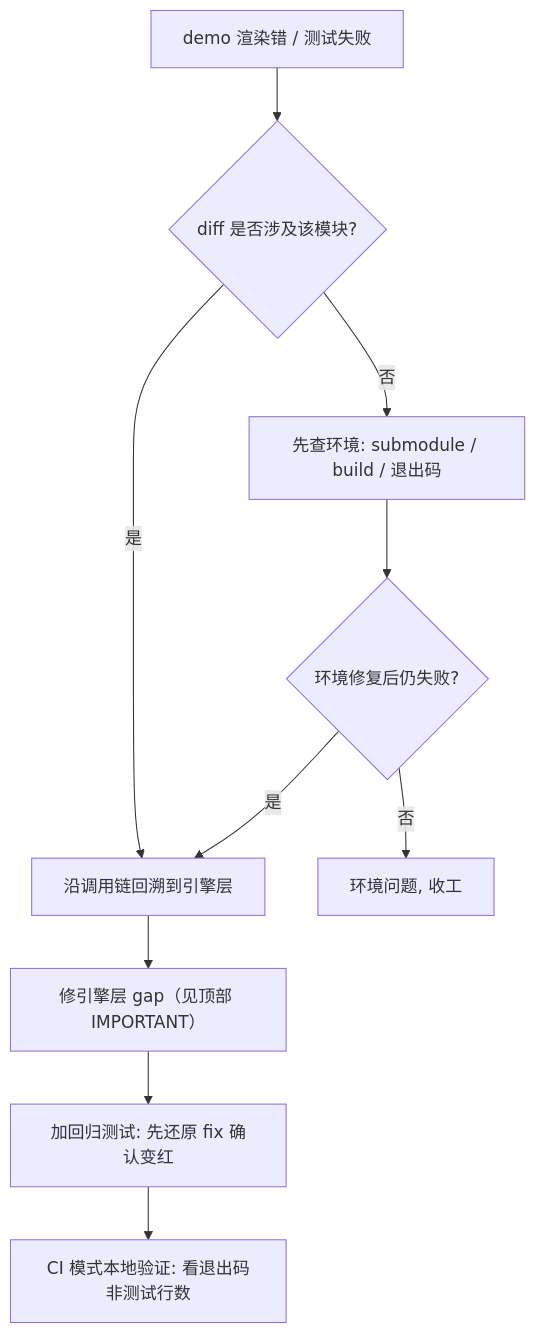
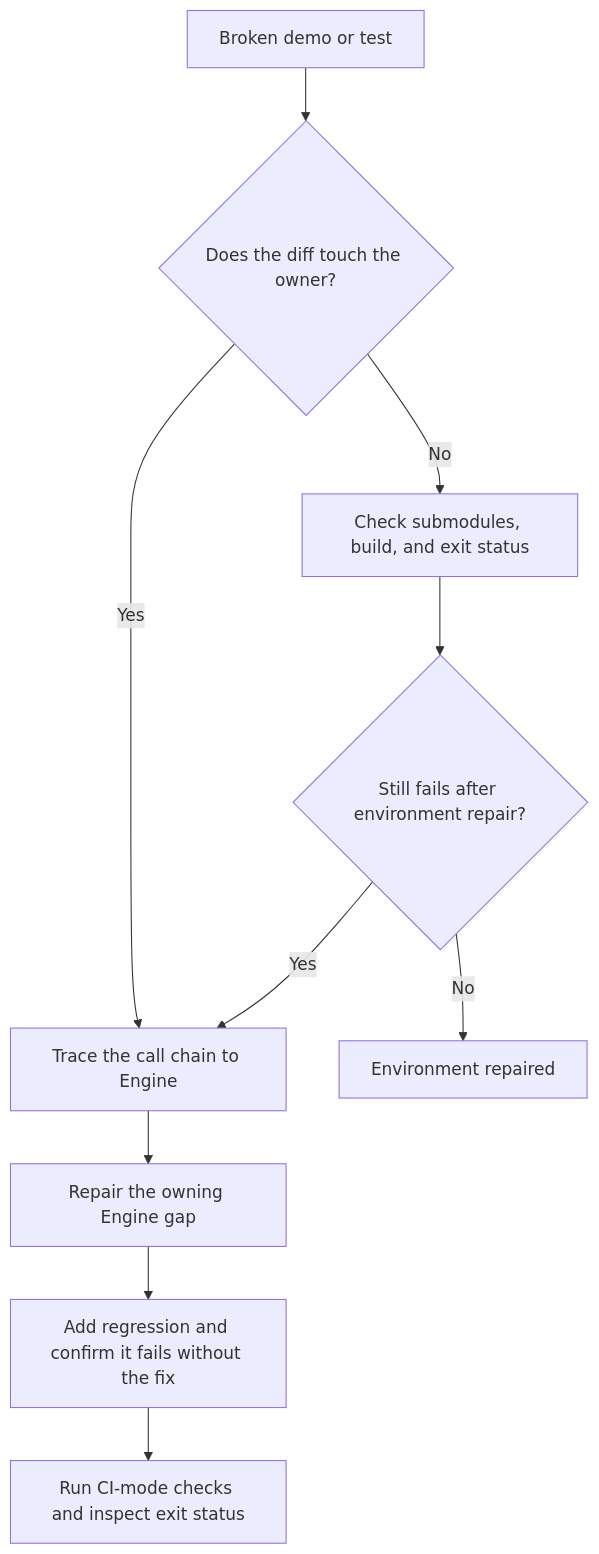
Before and after one commit to ForgeaX-Games/forgeax-editor: the diagram in packages/engine/skills/forgeax-engine-debug/references/backends-and-ci.md, drawn with Mermaid. The commit also changed other lines of this file and 7023 other files, not shown here.

````diff
--- a/packages/engine/skills/forgeax-engine-debug/references/backends-and-ci.md
+++ b/packages/engine/skills/forgeax-engine-debug/references/backends-and-ci.md
@@ -161,12 +167,12 @@
 ```mermaid
 flowchart TD
-  A["demo 渲染错 / 测试失败"] --> B{"diff 是否涉及该模块?"}
-  B -->|否| C["先查环境: submodule / build / 退出码"]
-  B -->|是| D["沿调用链回溯到引擎层"]
-  C --> E{"环境修复后仍失败?"}
-  E -->|否| F["环境问题, 收工"]
-  E -->|是| D
-  D --> G["修引擎层 gap（见顶部 IMPORTANT）"]
-  G --> H["加回归测试: 先还原 fix 确认变红"]
-  H --> I["CI 模式本地验证: 看退出码非测试行数"]
+  A["Broken demo or test"] --> B{"Does the diff touch the owner?"}
+  B -->|No| C["Check submodules, build, and exit status"]
+  B -->|Yes| D["Trace the call chain to Engine"]
+  C --> E{"Still fails after environment repair?"}
+  E -->|No| F["Environment repaired"]
+  E -->|Yes| D
+  D --> G["Repair the owning Engine gap"]
+  G --> H["Add regression and confirm it fails without the fix"]
+  H --> I["Run CI-mode checks and inspect exit status"]
 ```
````
